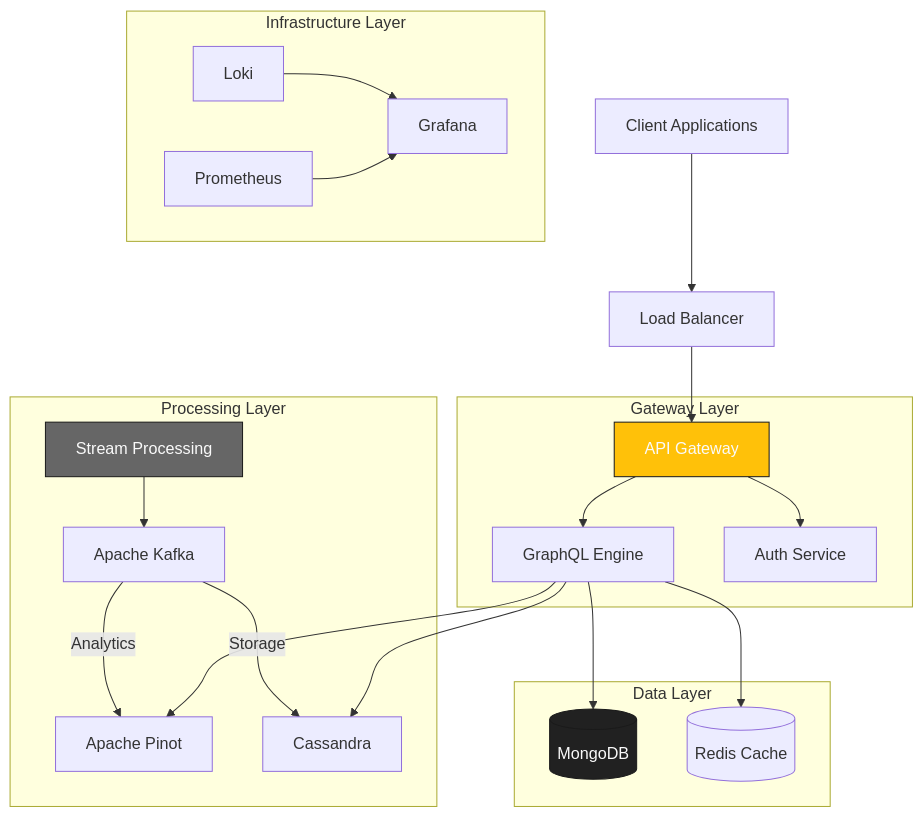
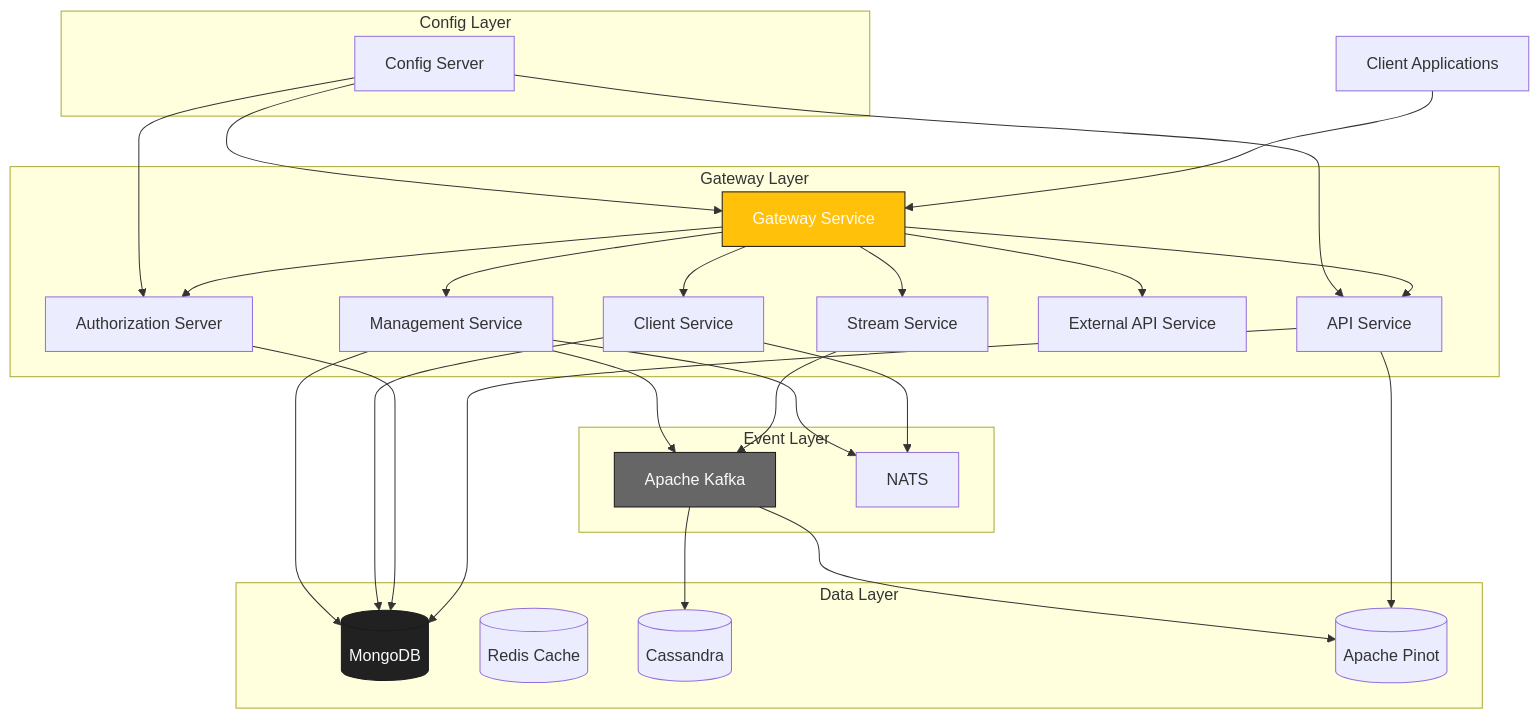
The diagram in README.md (flamingo-stack/openframe-oss-tenant), drawn with Mermaid before and after one commit. The commit also changed other lines of this file and 1 other file, not shown here.

````diff
--- a/README.md
+++ b/README.md
@@ -59,32 +38,49 @@
 ```mermaid
 flowchart TB
-    Client[Client Applications] --> LB[Load Balancer]
-    LB --> Gateway[API Gateway]
+    Client[Client Applications] --> Gateway[Gateway Service]
     
     subgraph "Gateway Layer"
-        Gateway --> GraphQL[GraphQL Engine]
-        Gateway --> Auth[Auth Service]
-    end
-    
-    subgraph "Processing Layer"
-        Stream[Stream Processing] --> Kafka[Apache Kafka]
-        Kafka --> |Analytics| Pinot[Apache Pinot]
-        Kafka --> |Storage| Cassandra[Cassandra]
+        Gateway --> Auth[Authorization Server]
+        Gateway --> Api[API Service]
+        Gateway --> ClientSvc[Client Service]
+        Gateway --> Mgmt[Management Service]
+        Gateway --> ExternalApi[External API Service]
+        Gateway --> StreamSvc[Stream Service]
     end
     
     subgraph "Data Layer"
-        GraphQL --> MongoDB[(MongoDB)]
-        GraphQL --> Cassandra
-        GraphQL --> Pinot
-        GraphQL --> Redis[(Redis Cache)]
+        Mongo[(MongoDB)]
+        Redis[(Redis Cache)]
+        Cassandra[(Cassandra)]
+        Pinot[(Apache Pinot)]
     end
     
-    subgraph "Infrastructure Layer"
-        Loki       --> Grafana
-        Prometheus --> Grafana
+    subgraph "Event Layer"
+        Kafka[Apache Kafka]
+        Nats[NATS]
     end
     
+    subgraph "Config Layer"
+        Config[Config Server]
+    end
+    
+    Api --> Mongo
+    Api --> Pinot
+    Auth --> Mongo
+    ClientSvc --> Nats
+    ClientSvc --> Mongo
+    StreamSvc --> Kafka
+    Kafka --> Pinot
+    Kafka --> Cassandra
+    Mgmt --> Mongo
+    Mgmt --> Kafka
+    Mgmt --> Nats
+    
+    Config --> Gateway
+    Config --> Api
+    Config --> Auth
+    
     style Gateway fill:#FFC109,stroke:#1A1A1A,color:#FAFAFA
-    style Stream fill:#666666,stroke:#1A1A1A,color:#FAFAFA
-    style MongoDB fill:#212121,stroke:#1A1A1A,color:#FAFAFA
+    style Kafka fill:#666666,stroke:#1A1A1A,color:#FAFAFA
+    style Mongo fill:#212121,stroke:#1A1A1A,color:#FAFAFA
 ```
````
